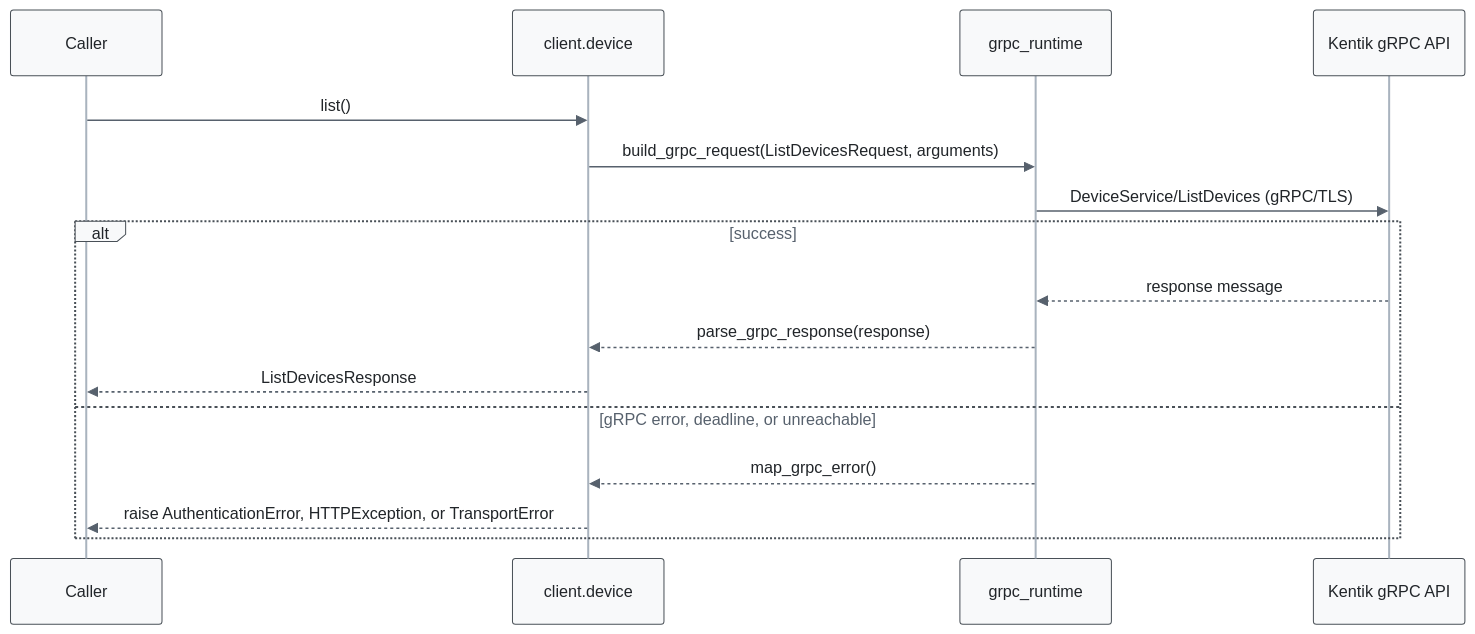
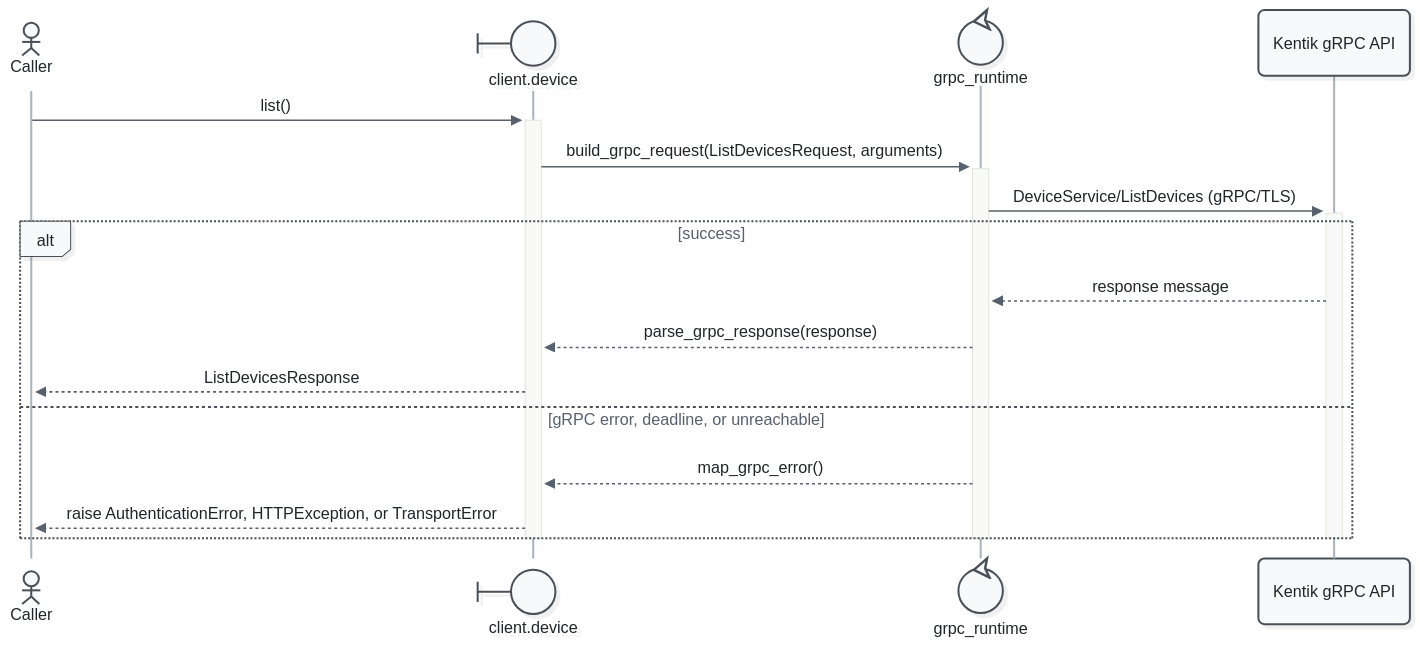
One commit to alexdearaujo/community_sdk_python changed the second of 21 diagrams in docs/sphinx/services/device.md. Above: the diagram before and after it, drawn with Mermaid. The commit also changed other lines of this file and 52 other files, not shown here.

First line of the commit message:
docs: Mermaid 12 sequence diagrams with participant types and path colors

````diff
--- a/docs/sphinx/services/device.md
+++ b/docs/sphinx/services/device.md
@@ -55,20 +57,23 @@
 ```mermaid
-%%{init: {"theme": "base", "fontFamily": "ui-monospace, SFMono-Regular, Menlo, monospace", "themeVariables": {"fontFamily": "ui-monospace, SFMono-Regular, Menlo, monospace", "primaryColor": "#f8f9fa", "primaryBorderColor": "#495057", "primaryTextColor": "#212529", "textColor": "#212529", "lineColor": "#77818c", "edgeLabelBackground": "#ffffff", "actorBkg": "#f8f9fa", "actorBorder": "#495057", "actorTextColor": "#212529", "actorLineColor": "#a9b3be", "signalColor": "#57616d", "signalTextColor": "#212529", "labelBoxBkgColor": "#f8f9fa", "labelBoxBorderColor": "#495057", "labelTextColor": "#212529", "loopTextColor": "#57616d", "noteBkgColor": "#fff9db", "noteBorderColor": "#f08c00", "noteTextColor": "#a35a00"}, "flowchart": {"curve": "step", "nodeSpacing": 30, "rankSpacing": 70, "wrappingWidth": 400}}}%%
+%%{init: {"theme": "redux", "look": "neo", "layout": "dagre", "fontFamily": "ui-monospace, SFMono-Regular, Menlo, monospace", "themeVariables": {"fontFamily": "ui-monospace, SFMono-Regular, Menlo, monospace", "primaryColor": "#f8f9fa", "primaryBorderColor": "#495057", "primaryTextColor": "#212529", "textColor": "#212529", "lineColor": "#77818c", "edgeLabelBackground": "#ffffff", "actorBkg": "#f8f9fa", "actorBorder": "#495057", "actorTextColor": "#212529", "actorLineColor": "#a9b3be", "signalColor": "#57616d", "signalTextColor": "#212529", "labelBoxBkgColor": "#f8f9fa", "labelBoxBorderColor": "#495057", "labelTextColor": "#212529", "loopTextColor": "#57616d", "noteBkgColor": "#fff9db", "noteBorderColor": "#f08c00", "noteTextColor": "#a35a00"}, "sequence": {"activationWidth": 16}, "flowchart": {"curve": "step", "nodeSpacing": 30, "rankSpacing": 70, "wrappingWidth": 400}}}%%
 sequenceDiagram
-    participant C as Caller
-    participant W as client.device
-    participant R as grpc_runtime
+    actor C as Caller
+    participant W@{ "type": "boundary" } as client.device
+    participant R@{ "type": "control" } as grpc_runtime
     participant API as Kentik gRPC API
 
-    C->>W: list()
-    W->>R: build_grpc_request(ListDevicesRequest, arguments)
-    R->>API: DeviceService/ListDevices (gRPC/TLS)
+    C->>+W: list()
+    W->>+R: build_grpc_request(ListDevicesRequest, arguments)
+    R->>+API: DeviceService/ListDevices (gRPC/TLS)
     alt success
         API-->>R: response message
         R-->>W: parse_grpc_response(response)
         W-->>C: ListDevicesResponse
     else gRPC error, deadline, or unreachable
         R-->>W: map_grpc_error()
         W-->>C: raise AuthenticationError, HTTPException, or TransportError
     end
+    deactivate API
+    deactivate R
+    deactivate W
 ```
````
